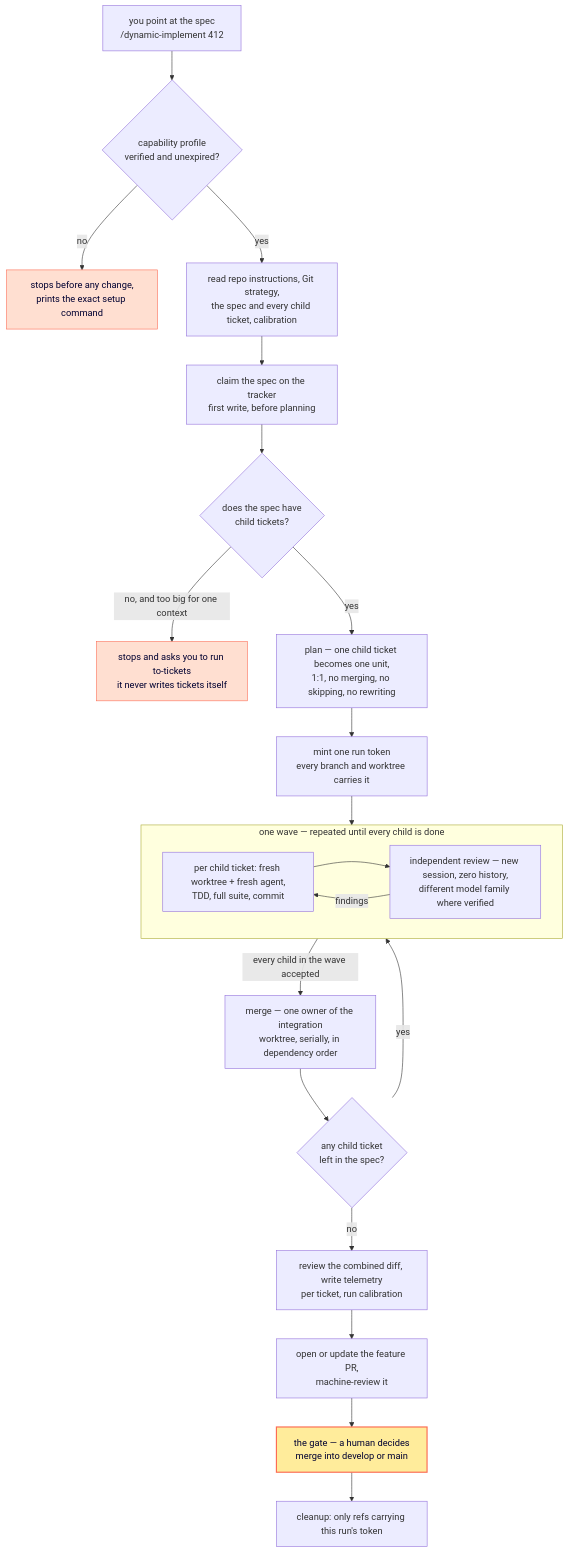
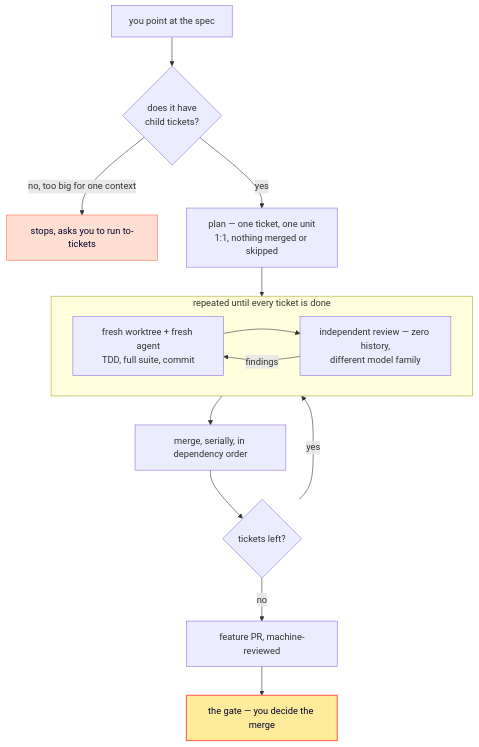
The second of 2 diagrams in README.md (phassle/skills), drawn with Mermaid before and after one commit. The commit also changed other lines of this file, not shown here.

````diff
--- a/README.md
+++ b/README.md
@@ -108,31 +68,23 @@
 ```mermaid
 flowchart TD
-  A["you point at the spec<br/>/dynamic-implement 412"] --> B{"capability profile<br/>verified and unexpired?"}
-  B -->|no| B2["stops before any change,<br/>prints the exact setup command"]
-  B -->|yes| C["read repo instructions, Git strategy,<br/>the spec and every child ticket, calibration"]
-  C --> D["claim the spec on the tracker<br/>first write, before planning"]
-  D --> E{"does the spec have<br/>child tickets?"}
-  E -->|no, and too big for one context| E2["stops and asks you to run to-tickets<br/>it never writes tickets itself"]
-  E -->|yes| F["plan — one child ticket becomes one unit,<br/>1:1, no merging, no skipping, no rewriting"]
-  F --> G["mint one run token<br/>every branch and worktree carries it"]
+  A["you point at the spec"] --> E{"does it have<br/>child tickets?"}
+  E -->|no, too big for one context| E2["stops, asks you to run to-tickets"]
+  E -->|yes| F["plan — one ticket, one unit<br/>1:1, nothing merged or skipped"]
 
-  subgraph wave["one wave — repeated until every child is done"]
-    H["per child ticket: fresh worktree + fresh agent,<br/>TDD, full suite, commit"]
-    I["independent review — new session, zero history,<br/>different model family where verified"]
+  subgraph wave["repeated until every ticket is done"]
+    H["fresh worktree + fresh agent<br/>TDD, full suite, commit"]
+    I["independent review — zero history,<br/>different model family"]
     H --> I
     I -->|findings| H
   end
 
-  G --> wave
-  wave -->|"every child in the wave accepted"| J["merge — one owner of the integration<br/>worktree, serially, in dependency order"]
-  J --> K{"any child ticket<br/>left in the spec?"}
+  F --> wave
+  wave --> J["merge, serially, in dependency order"]
+  J --> K{"tickets left?"}
   K -->|yes| wave
-  K -->|no| L["review the combined diff, write telemetry<br/>per ticket, run calibration"]
-  L --> M["open or update the feature PR,<br/>machine-review it"]
-  M --> N["the gate — a human decides<br/>merge into develop or main"]
-  N --> O["cleanup: only refs carrying this run's token"]
+  K -->|no| M["feature PR, machine-reviewed"]
+  M --> N["the gate — you decide the merge"]
 
   style N fill:#FFEC9B,stroke:#FC6C54,stroke-width:2px,color:#010031
-  style B2 fill:#FFDFD1,stroke:#FC6C54,color:#010031
   style E2 fill:#FFDFD1,stroke:#FC6C54,color:#010031
 ```
````
